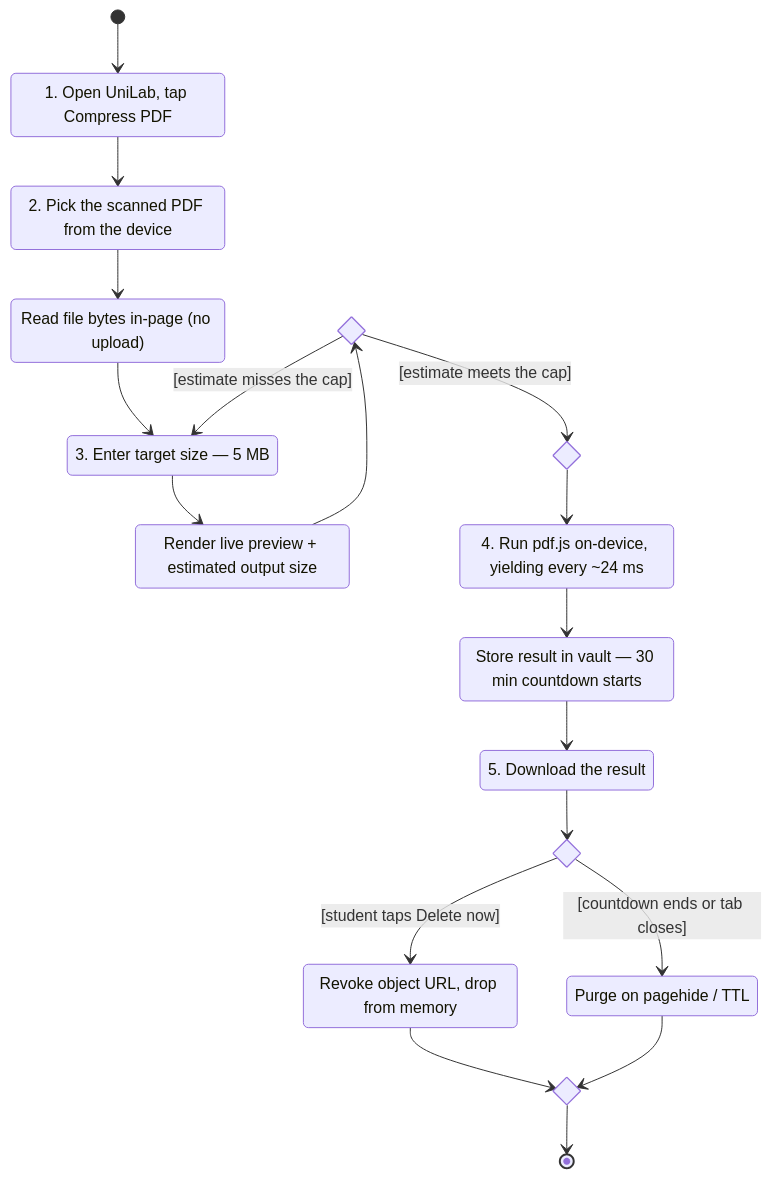
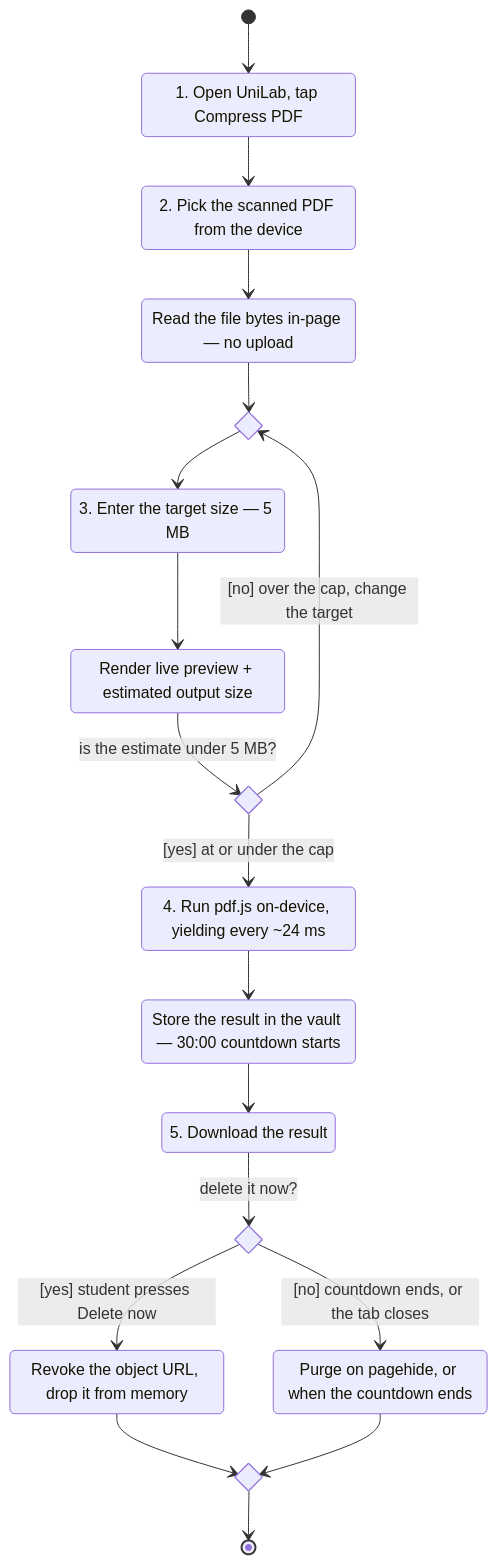
Before and after one commit to Thiha-Lynn/unilab: the third of 3 diagrams in .docs/02-design/diagrams.md, drawn with Mermaid. The commit also changed other lines of this file and 3 other files, not shown here.

First line of the commit message:
Rebuild D2 and D4 to the deck's UML notation

````diff
--- a/.docs/02-design/diagrams.md
+++ b/.docs/02-design/diagrams.md
@@ -183,43 +173,45 @@
 ```mermaid
 stateDiagram-v2
     direction TB
 
-    %% every choice node is declared before it is referenced, so mermaid renders
-    %% all four as UML diamonds instead of turning a forward reference into a box
-    state meets_cap <<choice>>
-    state merge_run <<choice>>
-    state disposed  <<choice>>
-    state merge_end <<choice>>
+    %% Two decisions and two merges. Declared before use so mermaid renders every
+    %% one as a UML diamond rather than turning a forward reference into a box.
+    state retarget  <<choice>>
+    state under_cap <<choice>>
+    state disposal  <<choice>>
+    state rejoin    <<choice>>
 
     OpenTool  : 1. Open UniLab, tap Compress PDF
     PickFile  : 2. Pick the scanned PDF from the device
-    ReadLocal : Read file bytes in-page (no upload)
-    SetTarget : 3. Enter target size — 5 MB
+    ReadLocal : Read the file bytes in-page — no upload
+    SetTarget : 3. Enter the target size — 5 MB
     Estimate  : Render live preview + estimated output size
     Compress  : 4. Run pdf.js on-device, yielding every ~24 ms
-    Store     : Store result in vault — 30 min countdown starts
+    Store     : Store the result in the vault — 30:00 countdown starts
     Download  : 5. Download the result
-    DeleteNow : Revoke object URL, drop from memory
-    Expire    : Purge on pagehide / TTL
+    DeleteNow : Revoke the object URL, drop it from memory
+    Expire    : Purge on pagehide, or when the countdown ends
 
-    [*]       --> OpenTool
-    OpenTool  --> PickFile
-    PickFile  --> ReadLocal
-    ReadLocal --> SetTarget
+    [*] --> OpenTool
+    OpenTool --> PickFile
+    PickFile --> ReadLocal
+
+    ReadLocal --> retarget
+    retarget --> SetTarget
     SetTarget --> Estimate
-    Estimate  --> meets_cap
 
-    meets_cap --> SetTarget : [estimate misses the cap]
-    meets_cap --> merge_run : [estimate meets the cap]
-    merge_run --> Compress
+    Estimate --> under_cap : is the estimate under 5 MB?
+    under_cap --> Compress : [yes] at or under the cap
+    under_cap --> retarget : [no] over the cap, change the target
 
-    Compress  --> Store
-    Store     --> Download
-    Download  --> disposed
+    Compress --> Store
+    Store --> Download
 
-    disposed  --> DeleteNow : [student taps Delete now]
-    disposed  --> Expire    : [countdown ends or tab closes]
-    DeleteNow --> merge_end
-    Expire    --> merge_end
-    merge_end --> [*]
+    Download --> disposal : delete it now?
+    disposal --> DeleteNow : [yes] student presses Delete now
+    disposal --> Expire : [no] countdown ends, or the tab closes
+
+    DeleteNow --> rejoin
+    Expire --> rejoin
+    rejoin --> [*]
 ```
````
